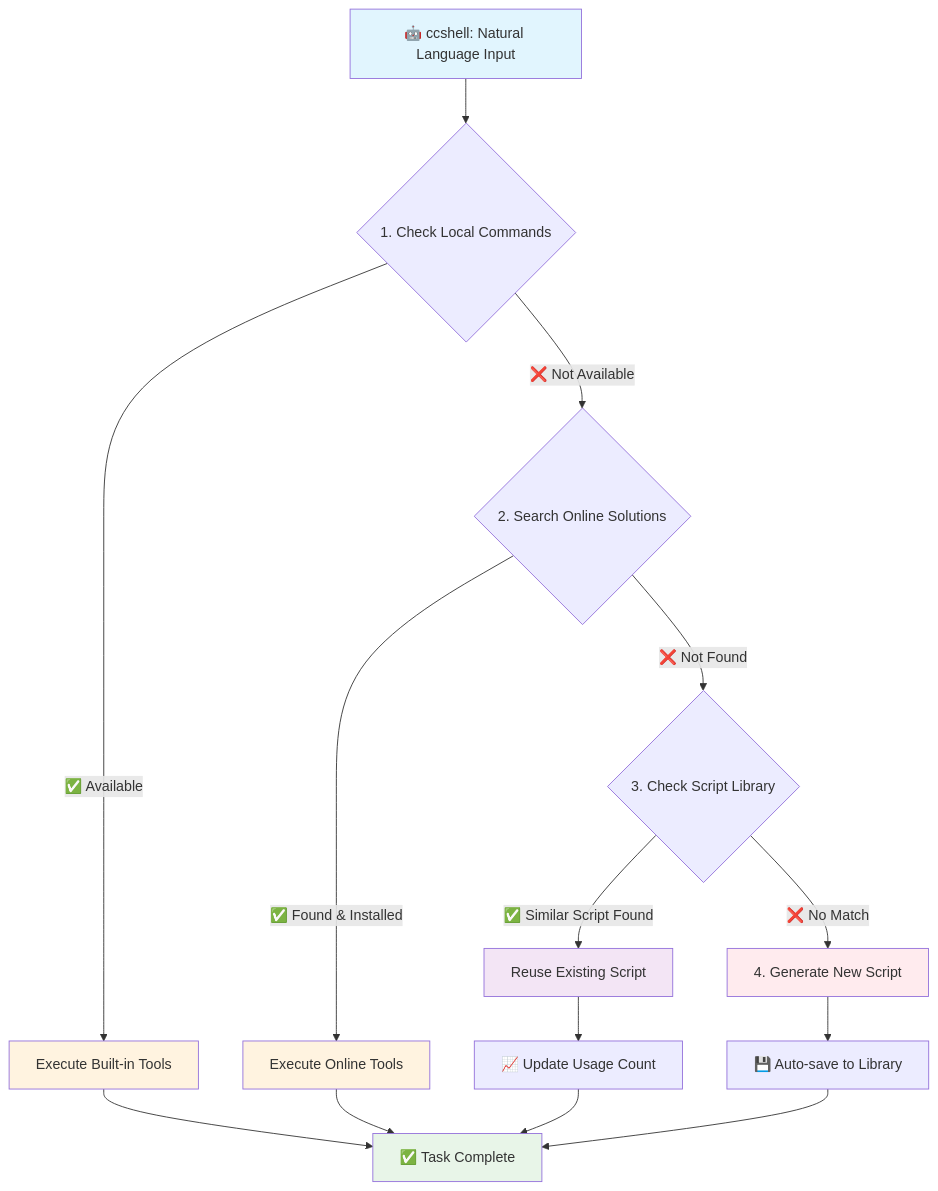
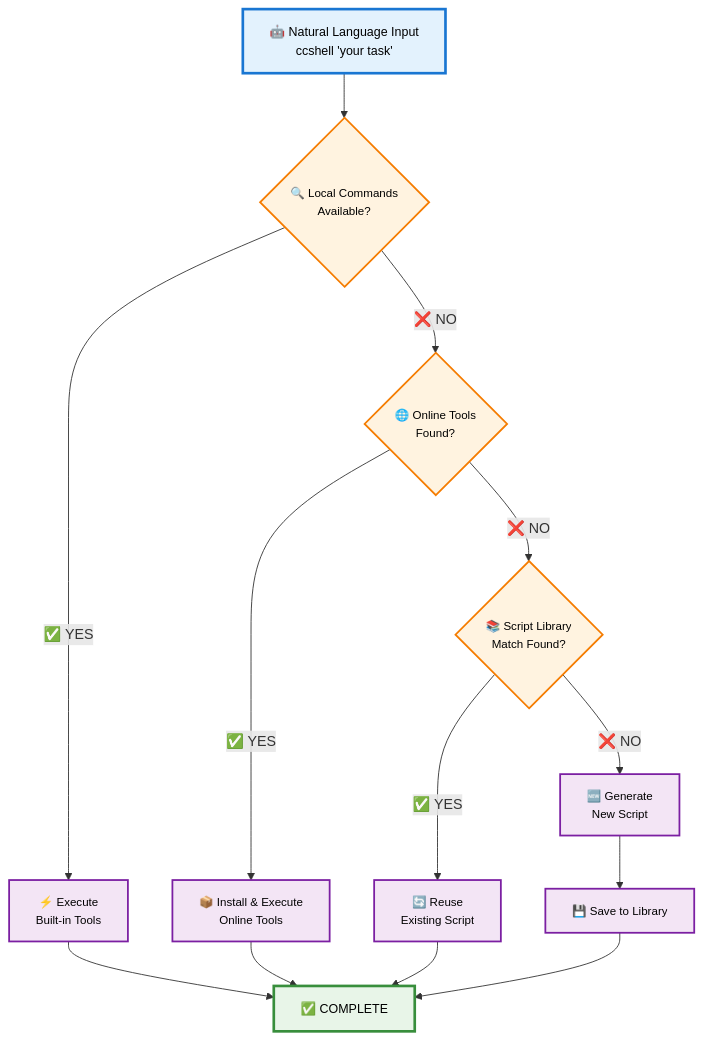
The diagram in README.md (terryso/ccshell), drawn with Mermaid before and after one commit. The commit also changed 1 other file, not shown here.

Commit message:
docs: 优化流程图样式和布局以提升可读性

````diff
--- a/README.md
+++ b/README.md
@@ -19,24 +19,26 @@
 ```mermaid
 flowchart TD
-    A[🤖 ccshell: Natural Language Input] --> B{1. Check Local Commands}
-    B -->|✅ Available| C[Execute Built-in Tools]
-    B -->|❌ Not Available| D{2. Search Online Solutions}
-    D -->|✅ Found & Installed| E[Execute Online Tools]
-    D -->|❌ Not Found| F{3. Check Script Library}
-    F -->|✅ Similar Script Found| G[Reuse Existing Script]
-    F -->|❌ No Match| H[4. Generate New Script]
+    A["🤖 Natural Language Input<br/>ccshell 'your task'"] --> B{"🔍 Local Commands<br/>Available?"}
+    B -->|"✅ YES"| C["⚡ Execute<br/>Built-in Tools"]
+    B -->|"❌ NO"| D{"🌐 Online Tools<br/>Found?"}
+    D -->|"✅ YES"| E["📦 Install & Execute<br/>Online Tools"]
+    D -->|"❌ NO"| F{"📚 Script Library<br/>Match Found?"}
+    F -->|"✅ YES"| G["🔄 Reuse<br/>Existing Script"]
+    F -->|"❌ NO"| H["🆕 Generate<br/>New Script"]
     
-    C --> I[✅ Task Complete]
+    C --> I["✅ COMPLETE"]
     E --> I
-    G --> J[📈 Update Usage Count]
+    G --> I
+    H --> J["💾 Save to Library"]
     J --> I
-    H --> K[💾 Auto-save to Library]
-    K --> I
     
-    style A fill:#e1f5fe
-    style I fill:#e8f5e8
-    style C fill:#fff3e0
-    style E fill:#fff3e0
-    style G fill:#f3e5f5
-    style H fill:#ffebee
+    classDef inputNode fill:#e3f2fd,stroke:#1976d2,stroke-width:3px,color:#000,font-size:14px
+    classDef processNode fill:#f3e5f5,stroke:#7b1fa2,stroke-width:2px,color:#000,font-size:13px
+    classDef decisionNode fill:#fff3e0,stroke:#f57c00,stroke-width:2px,color:#000,font-size:13px
+    classDef completeNode fill:#e8f5e8,stroke:#388e3c,stroke-width:3px,color:#000,font-size:14px
+    
+    class A inputNode
+    class C,E,G,H,J processNode
+    class B,D,F decisionNode
+    class I completeNode
 ```
````
